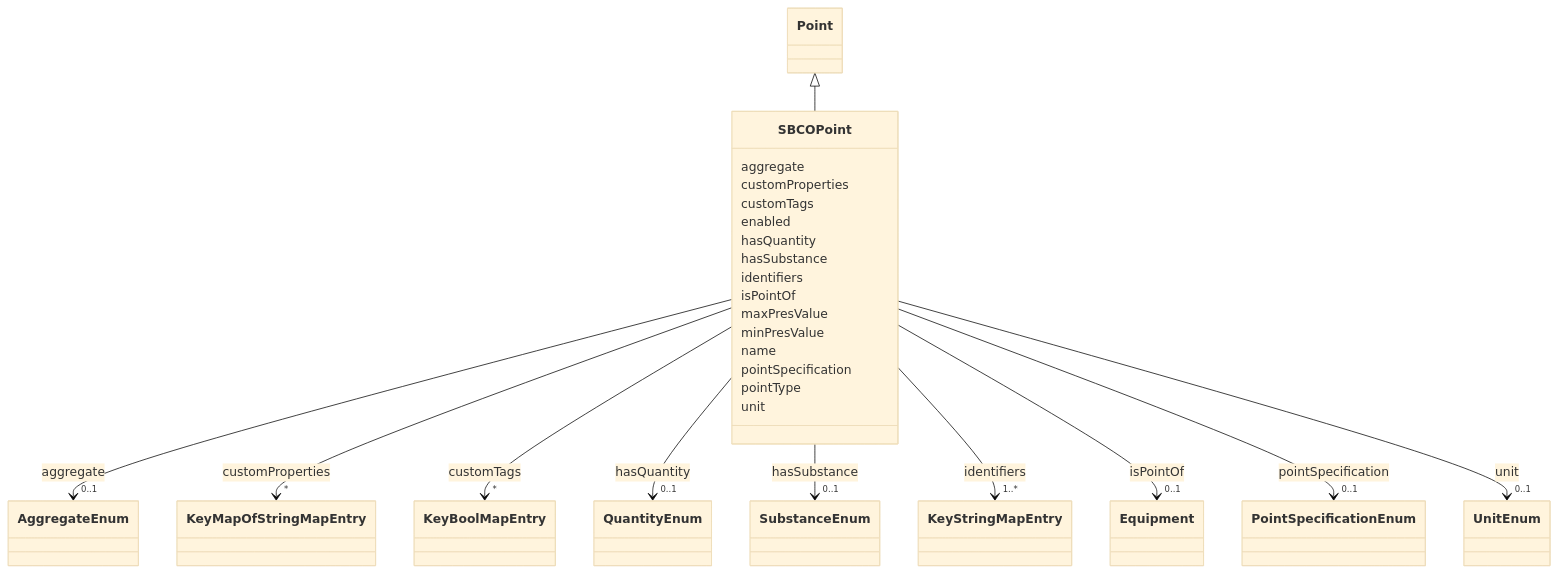
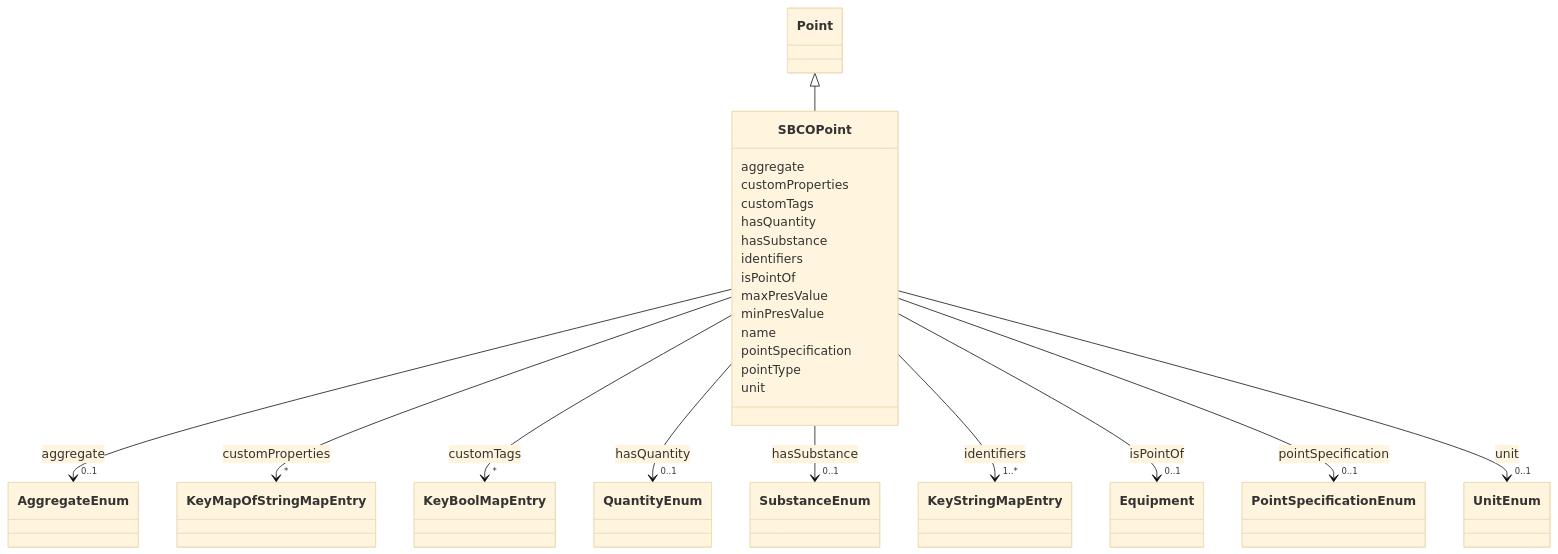
Before and after one commit to takashikasuya/smartbuiding_ontology: the diagram in docs/SBCOPoint.md, drawn with Mermaid (base theme). The commit also changed other lines of this file and 53 other files, not shown here.

```diff
--- a/docs/SBCOPoint.md
+++ b/docs/SBCOPoint.md
@@ -54,8 +54,6 @@
         click KeyBoolMapEntry href "../KeyBoolMapEntry/"
     
 
-        
-      SBCOPoint : enabled
         
       SBCOPoint : hasQuantity
         
```
